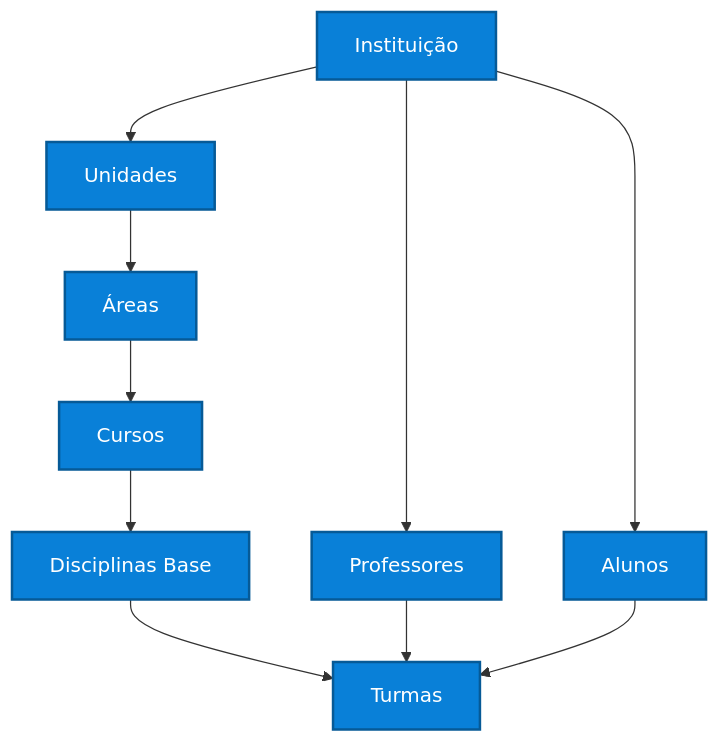
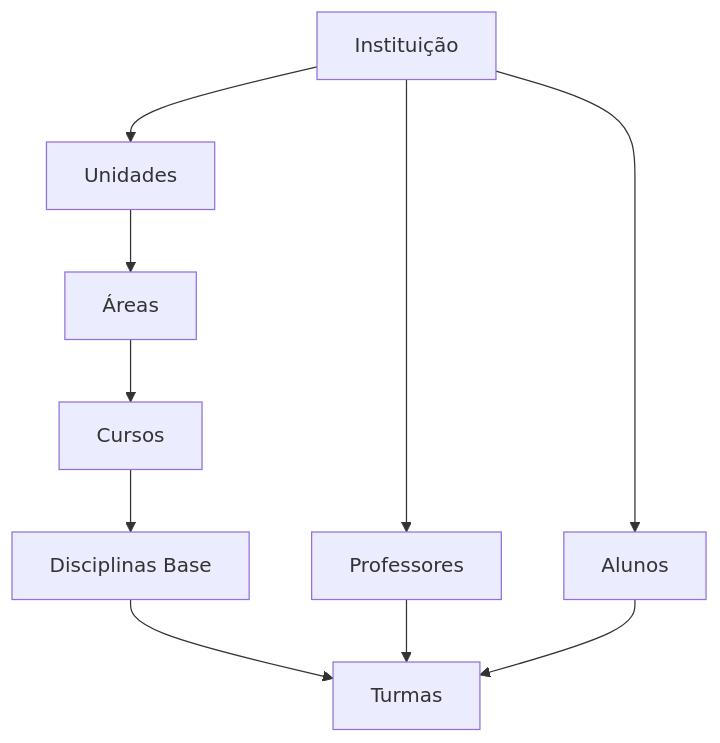
Before and after one commit to ldasistemas/proextend-integration-docs: the diagram in docs/conceitos-fundamentais.md, drawn with Mermaid. The commit also changed 9 other files, not shown here.

Commit message:
feat: remover estilos obsoletos de diagramas e atualizar classes para melhor semântica nos componentes de sidebar

````diff
--- a/docs/conceitos-fundamentais.md
+++ b/docs/conceitos-fundamentais.md
@@ -16,21 +16,13 @@
 ```mermaid
 flowchart TD
     A[Instituição] --> B[Unidades]
     B --> C[Áreas]
     C --> D[Cursos]
     D --> E[Disciplinas Base]
     A --> F[Professores]
     A --> G[Alunos]
     E --> H[Turmas]
     F --> H
     G --> H
 
-    style A fill:#0980D8,stroke:#065a97,stroke-width:2px,color:#fff
-    style B fill:#0980D8,stroke:#065a97,stroke-width:2px,color:#fff
-    style C fill:#0980D8,stroke:#065a97,stroke-width:2px,color:#fff
-    style D fill:#0980D8,stroke:#065a97,stroke-width:2px,color:#fff
-    style E fill:#0980D8,stroke:#065a97,stroke-width:2px,color:#fff
-    style F fill:#0980D8,stroke:#065a97,stroke-width:2px,color:#fff
-    style G fill:#0980D8,stroke:#065a97,stroke-width:2px,color:#fff
-    style H fill:#0980D8,stroke:#065a97,stroke-width:2px,color:#fff
 ```
````
